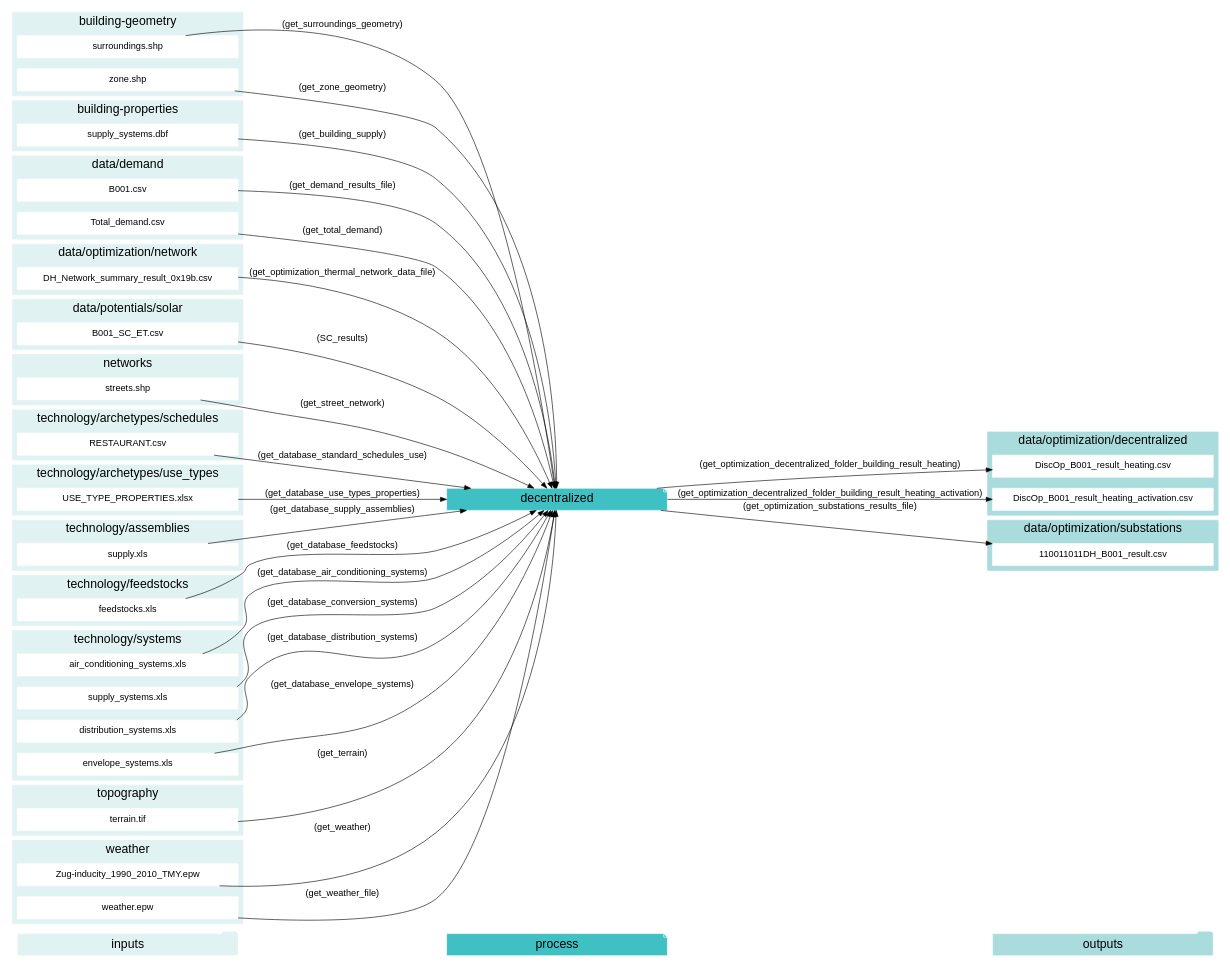
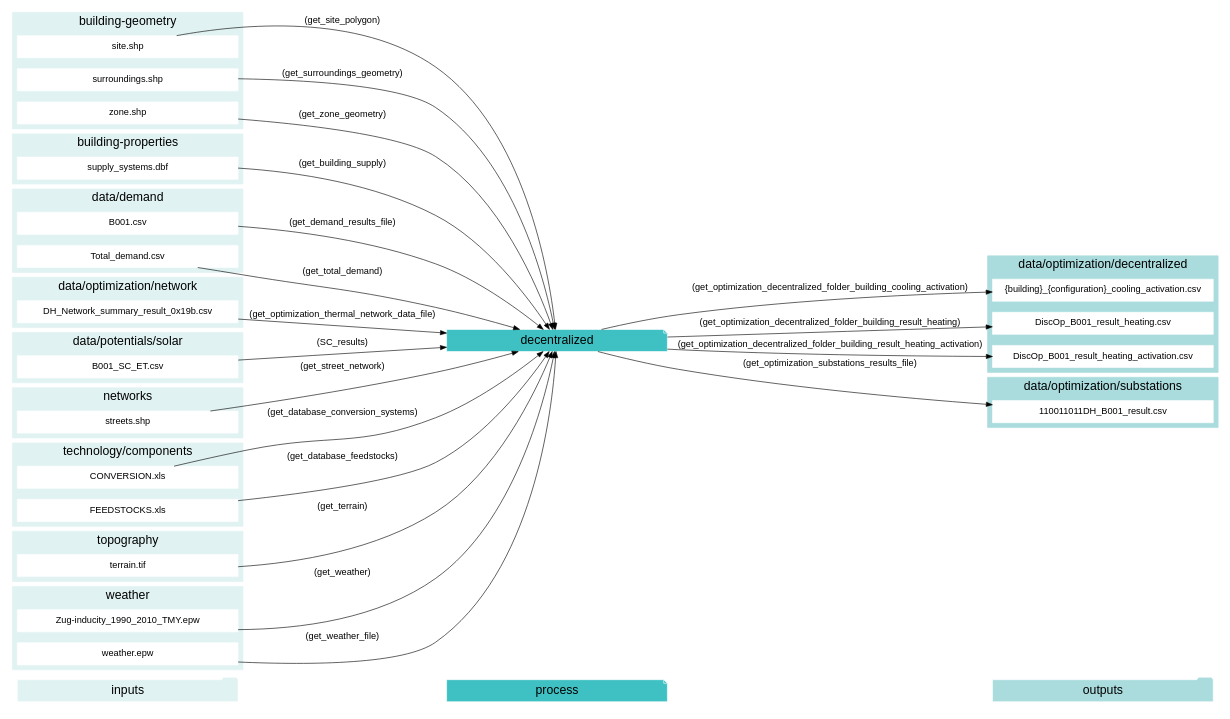
The diagram in docs/graphviz/decentralized.gv (architecture-building-systems/CityEnergyAnalyst), drawn with Graphviz before and after one commit. The commit also changed 24 other files, not shown here.

```diff
--- a/docs/graphviz/decentralized.gv
+++ b/docs/graphviz/decentralized.gv
@@ -1,166 +1,130 @@
 digraph trace_inputlocator {
     rankdir="LR";
     graph [overlap=false, fontname=arial];
     node [shape=box, style=filled, color=white, fontsize=15, fontname=arial, fixedsize=true, width=5];
     edge [fontname=arial, fontsize = 15]
     newrank=true
     subgraph cluster_legend {
     fontsize=25
     style=invis
     "process"[style=filled, fillcolor="#3FC0C2", shape=note, fontsize=20, fontname="arial"]
     "inputs" [style=filled, shape=folder, color=white, fillcolor="#E1F2F2", fontsize=20]
     "outputs"[style=filled, shape=folder, color=white, fillcolor="#aadcdd", fontsize=20]
     "inputs"->"process"[style=invis]
     "process"->"outputs"[style=invis]
     }
     "decentralized"[style=filled, color=white, fillcolor="#3FC0C2", shape=note, fontsize=20, fontname=arial];
     subgraph cluster_0_in {
         style = filled;
         color = "#E1F2F2";
         fontsize = 20;
         rank=same;
         label="building-geometry";
+        "site.shp"
         "surroundings.shp"
         "zone.shp"
     }
     subgraph cluster_1_in {
         style = filled;
         color = "#E1F2F2";
         fontsize = 20;
         rank=same;
         label="building-properties";
         "supply_systems.dbf"
     }
     subgraph cluster_2_in {
         style = filled;
         color = "#E1F2F2";
         fontsize = 20;
         rank=same;
         label="data/demand";
         "B001.csv"
         "Total_demand.csv"
     }
     subgraph cluster_3_out {
         style = filled;
         color = "#aadcdd";
         fontsize = 20;
         rank=same;
         label="data/optimization/decentralized";
+        "{building}_{configuration}_cooling_activation.csv"
         "DiscOp_B001_result_heating.csv"
         "DiscOp_B001_result_heating_activation.csv"
     }
     subgraph cluster_4_in {
         style = filled;
         color = "#E1F2F2";
         fontsize = 20;
         rank=same;
         label="data/optimization/network";
         "DH_Network_summary_result_0x19b.csv"
     }
     subgraph cluster_5_out {
         style = filled;
         color = "#aadcdd";
         fontsize = 20;
         rank=same;
         label="data/optimization/substations";
         "110011011DH_B001_result.csv"
     }
     subgraph cluster_6_in {
         style = filled;
         color = "#E1F2F2";
         fontsize = 20;
         rank=same;
         label="data/potentials/solar";
         "B001_SC_ET.csv"
     }
     subgraph cluster_7_in {
         style = filled;
         color = "#E1F2F2";
         fontsize = 20;
         rank=same;
         label="networks";
         "streets.shp"
     }
     subgraph cluster_8_in {
         style = filled;
         color = "#E1F2F2";
         fontsize = 20;
         rank=same;
-        label="technology/archetypes/schedules";
-        "RESTAURANT.csv"
+        label="technology/components";
+        "CONVERSION.xls"
+        "FEEDSTOCKS.xls"
     }
     subgraph cluster_9_in {
-        style = filled;
-        color = "#E1F2F2";
-        fontsize = 20;
-        rank=same;
-        label="technology/archetypes/use_types";
-        "USE_TYPE_PROPERTIES.xlsx"
-    }
-    subgraph cluster_10_in {
-        style = filled;
-        color = "#E1F2F2";
-        fontsize = 20;
-        rank=same;
-        label="technology/assemblies";
-        "supply.xls"
-    }
-    subgraph cluster_11_in {
-        style = filled;
-        color = "#E1F2F2";
-        fontsize = 20;
-        rank=same;
-        label="technology/feedstocks";
-        "feedstocks.xls"
-    }
-    subgraph cluster_12_in {
-        style = filled;
-        color = "#E1F2F2";
-        fontsize = 20;
-        rank=same;
-        label="technology/systems";
-        "air_conditioning_systems.xls"
-        "supply_systems.xls"
-        "distribution_systems.xls"
-        "envelope_systems.xls"
-    }
-    subgraph cluster_13_in {
         style = filled;
         color = "#E1F2F2";
         fontsize = 20;
         rank=same;
         label="topography";
         "terrain.tif"
     }
-    subgraph cluster_14_in {
+    subgraph cluster_10_in {
         style = filled;
         color = "#E1F2F2";
         fontsize = 20;
         rank=same;
         label="weather";
         "Zug-inducity_1990_2010_TMY.epw"
         "weather.epw"
     }
     "B001_SC_ET.csv" -> "decentralized"[label="(SC_results)"]
     "supply_systems.dbf" -> "decentralized"[label="(get_building_supply)"]
-    "air_conditioning_systems.xls" -> "decentralized"[label="(get_database_air_conditioning_systems)"]
-    "supply_systems.xls" -> "decentralized"[label="(get_database_conversion_systems)"]
-    "distribution_systems.xls" -> "decentralized"[label="(get_database_distribution_systems)"]
-    "envelope_systems.xls" -> "decentralized"[label="(get_database_envelope_systems)"]
-    "feedstocks.xls" -> "decentralized"[label="(get_database_feedstocks)"]
-    "RESTAURANT.csv" -> "decentralized"[label="(get_database_standard_schedules_use)"]
-    "supply.xls" -> "decentralized"[label="(get_database_supply_assemblies)"]
-    "USE_TYPE_PROPERTIES.xlsx" -> "decentralized"[label="(get_database_use_types_properties)"]
+    "CONVERSION.xls" -> "decentralized"[label="(get_database_conversion_systems)"]
+    "FEEDSTOCKS.xls" -> "decentralized"[label="(get_database_feedstocks)"]
     "B001.csv" -> "decentralized"[label="(get_demand_results_file)"]
     "DH_Network_summary_result_0x19b.csv" -> "decentralized"[label="(get_optimization_thermal_network_data_file)"]
+    "site.shp" -> "decentralized"[label="(get_site_polygon)"]
     "streets.shp" -> "decentralized"[label="(get_street_network)"]
     "surroundings.shp" -> "decentralized"[label="(get_surroundings_geometry)"]
     "terrain.tif" -> "decentralized"[label="(get_terrain)"]
     "Total_demand.csv" -> "decentralized"[label="(get_total_demand)"]
     "Zug-inducity_1990_2010_TMY.epw" -> "decentralized"[label="(get_weather)"]
     "weather.epw" -> "decentralized"[label="(get_weather_file)"]
     "zone.shp" -> "decentralized"[label="(get_zone_geometry)"]
+    "decentralized" -> "{building}_{configuration}_cooling_activation.csv"[label="(get_optimization_decentralized_folder_building_cooling_activation)"]
     "decentralized" -> "DiscOp_B001_result_heating.csv"[label="(get_optimization_decentralized_folder_building_result_heating)"]
     "decentralized" -> "DiscOp_B001_result_heating_activation.csv"[label="(get_optimization_decentralized_folder_building_result_heating_activation)"]
     "decentralized" -> "110011011DH_B001_result.csv"[label="(get_optimization_substations_results_file)"]
     }
```
